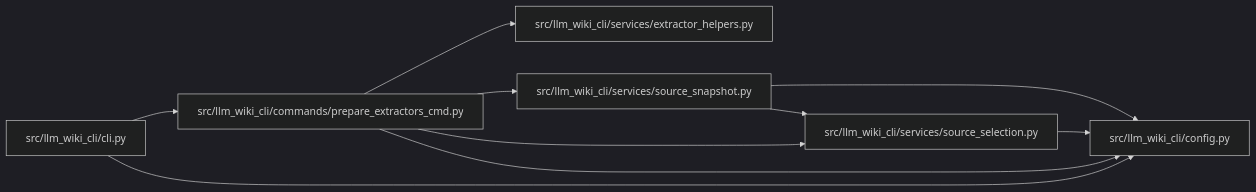
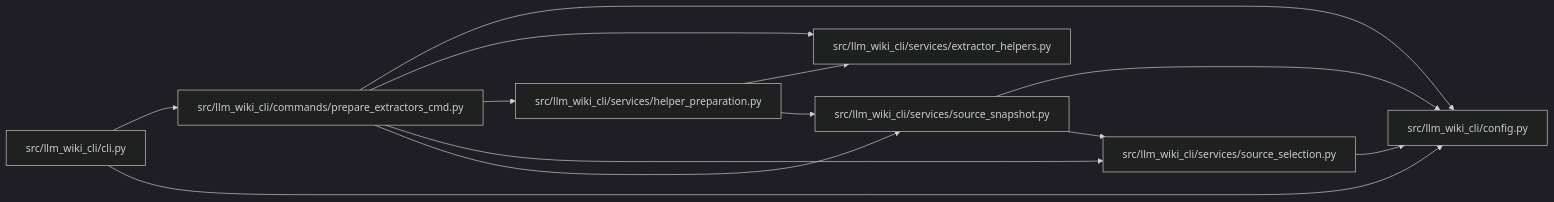
The diagram in docs/llm_wiki/modules/prepare_extractors_cmd.md (Denissvgn/python-wiki-llm), drawn with Mermaid (dark theme) before and after one commit. The commit also changed other lines of this file and 509 other files, not shown here.

````diff
--- a/docs/llm_wiki/modules/prepare_extractors_cmd.md
+++ b/docs/llm_wiki/modules/prepare_extractors_cmd.md
@@ -29,24 +36,29 @@
 ```mermaid
 flowchart LR
     n0["src/llm_wiki_cli/cli.py"]
     n1["src/llm_wiki_cli/commands/prepare_extractors_cmd.py"]
     n2["src/llm_wiki_cli/config.py"]
     n3["src/llm_wiki_cli/services/extractor_helpers.py"]
-    n4["src/llm_wiki_cli/services/source_selection.py"]
-    n5["src/llm_wiki_cli/services/source_snapshot.py"]
+    n4["src/llm_wiki_cli/services/helper_preparation.py"]
+    n5["src/llm_wiki_cli/services/source_selection.py"]
+    n6["src/llm_wiki_cli/services/source_snapshot.py"]
     n0 --> n1
     n0 --> n2
     n1 --> n2
     n1 --> n3
     n1 --> n4
     n1 --> n5
-    n4 --> n2
+    n1 --> n6
+    n4 --> n3
+    n4 --> n6
     n5 --> n2
-    n5 --> n4
+    n6 --> n2
+    n6 --> n5
     click n0 "../modules/cli.md"
     click n1 "../modules/prepare_extractors_cmd.md"
     click n2 "../modules/config.md"
     click n3 "../modules/extractor_helpers.md"
-    click n4 "../modules/source_selection.md"
-    click n5 "../modules/source_snapshot.md"
+    click n4 "../modules/helper_preparation.md"
+    click n5 "../modules/source_selection.md"
+    click n6 "../modules/source_snapshot.md"
 ```
````
